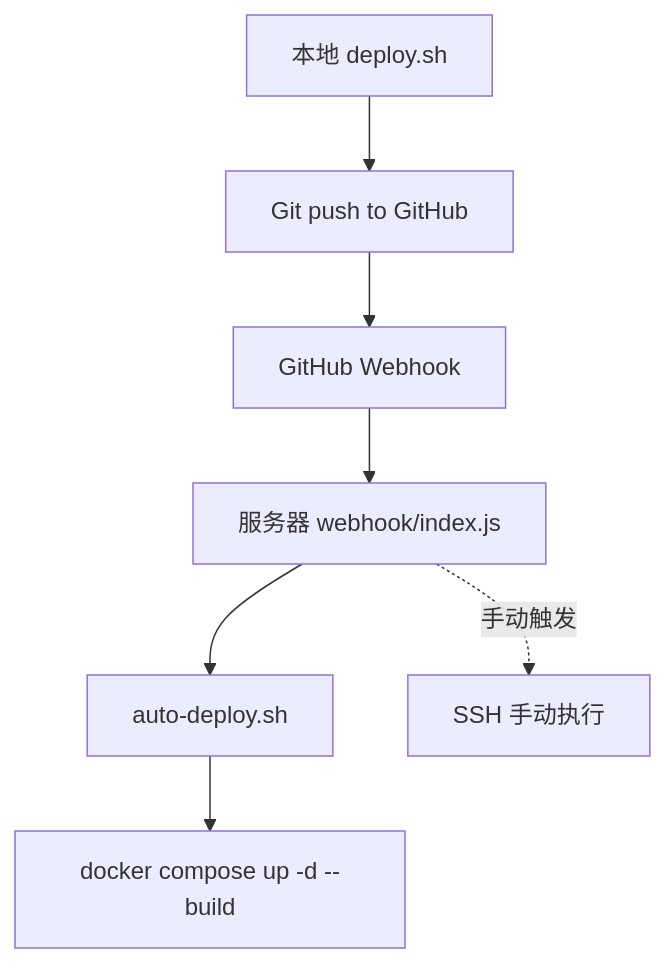
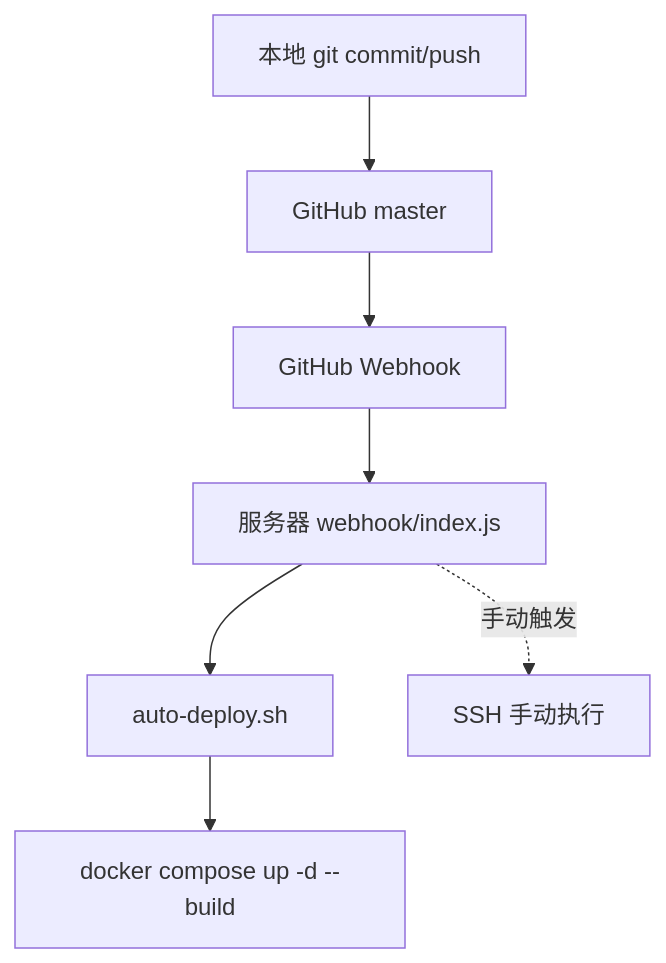
Before and after one commit to pixian5/mediapeople: the fourth of 4 diagrams in 说明/03-文件结构.md, drawn with Mermaid. The commit also changed other lines of this file and 15 other files, not shown here.

````diff
--- a/说明/03-文件结构.md
+++ b/说明/03-文件结构.md
@@ -668,10 +675,10 @@
 ```mermaid
 graph TD
-    Local[本地 deploy.sh] --> Git[Git push to GitHub]
+    Local[本地 git commit/push] --> Git[GitHub master]
     Git --> Webhook[GitHub Webhook]
     Webhook --> Server[服务器 webhook/index.js]
     Server --> AutoDeploy[auto-deploy.sh]
     AutoDeploy --> DockerCompose[docker compose up -d --build]
     
     Server -.手动触发.-> SSH[SSH 手动执行]
 ```
````
